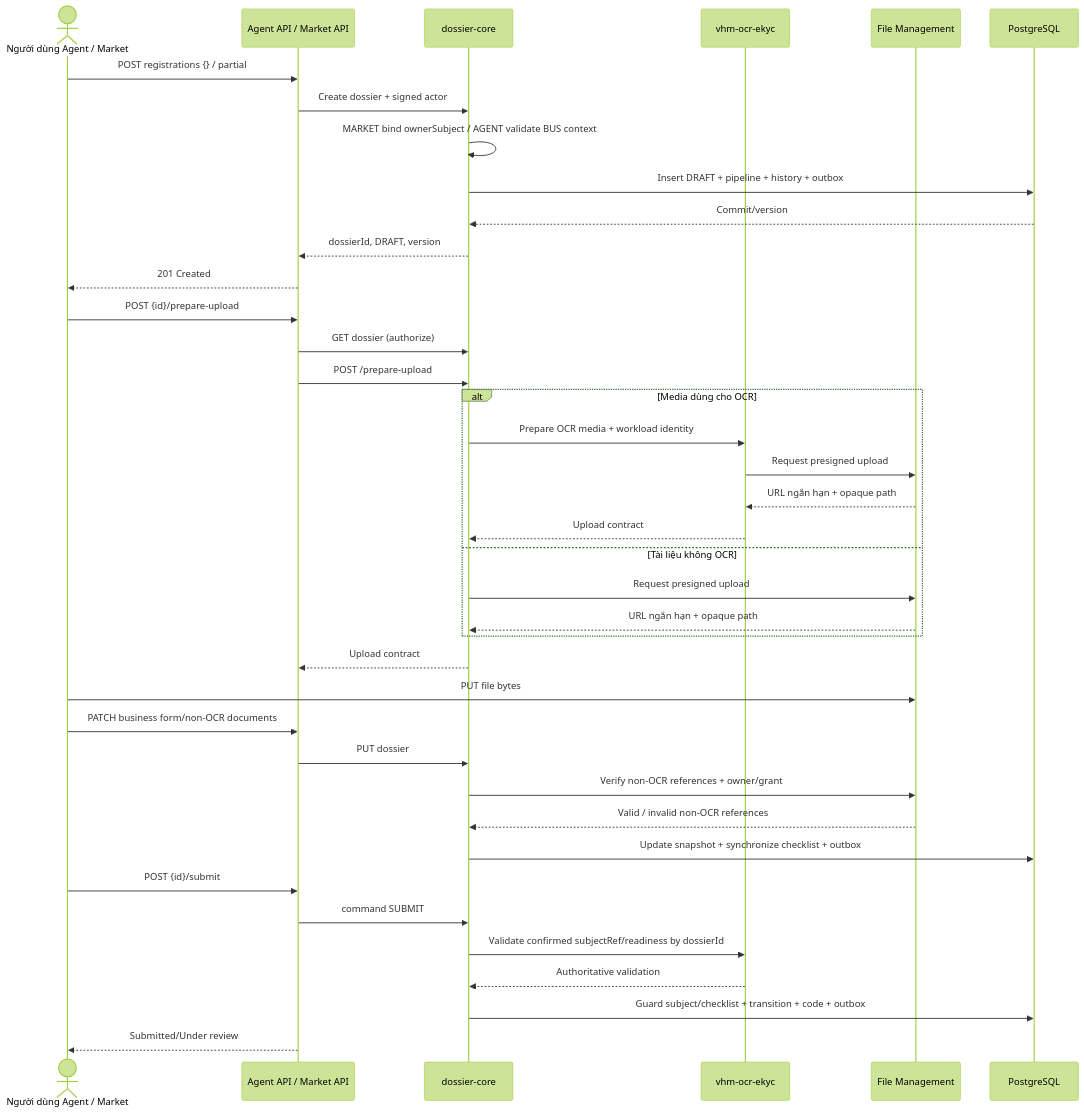
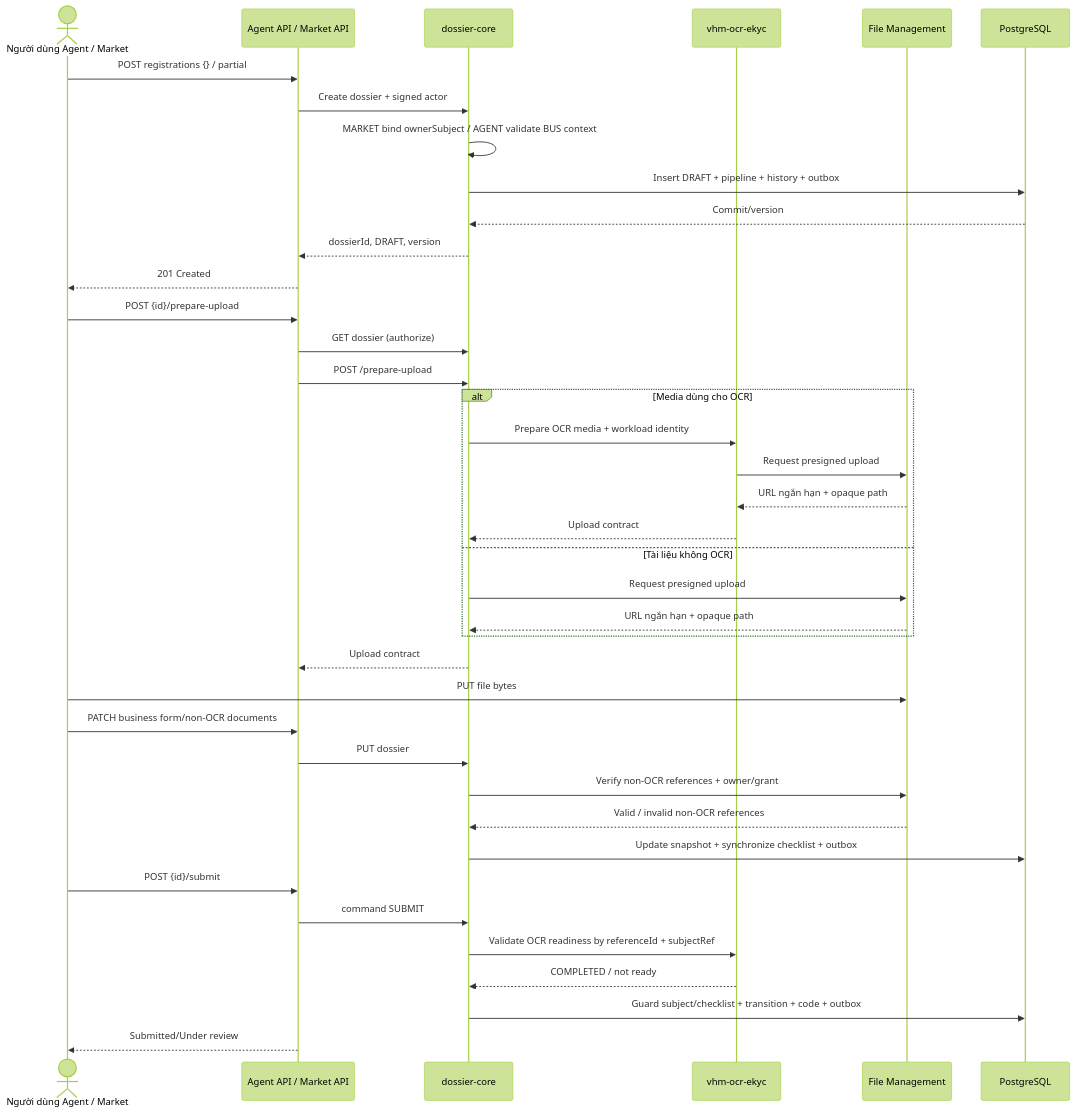
The fifth of 8 diagrams in tdd-dossier.md (huynv-xyz/vhm), drawn with Mermaid (forest theme) before and after one commit. The commit also changed other lines of this file, not shown here.

````diff
--- a/tdd-dossier.md
+++ b/tdd-dossier.md
@@ -707,42 +712,42 @@
 ```mermaid
 sequenceDiagram
     actor U as Người dùng Agent / Market
     participant A as Agent API / Market API
     participant C as dossier-core
     participant O as vhm-ocr-ekyc
     participant F as File Management
     participant D as PostgreSQL
 
     U->>A: POST registrations {} / partial
     A->>C: Create dossier + signed actor
     C->>C: MARKET bind ownerSubject / AGENT validate BUS context
     C->>D: Insert DRAFT + pipeline + history + outbox
     D-->>C: Commit/version
     C-->>A: dossierId, DRAFT, version
     A-->>U: 201 Created
     U->>A: POST {id}/prepare-upload
     A->>C: GET dossier (authorize)
     A->>C: POST /prepare-upload
     alt Media dùng cho OCR
         C->>O: Prepare OCR media + workload identity
         O->>F: Request presigned upload
         F-->>O: URL ngắn hạn + opaque path
         O-->>C: Upload contract
     else Tài liệu không OCR
         C->>F: Request presigned upload
         F-->>C: URL ngắn hạn + opaque path
     end
     C-->>A: Upload contract
     U->>F: PUT file bytes
     U->>A: PATCH business form/non-OCR documents
     A->>C: PUT dossier
     C->>F: Verify non-OCR references + owner/grant
     F-->>C: Valid / invalid non-OCR references
     C->>D: Update snapshot + synchronize checklist + outbox
     U->>A: POST {id}/submit
     A->>C: command SUBMIT
-    C->>O: Validate confirmed subjectRef/readiness by dossierId
-    O-->>C: Authoritative validation
+    C->>O: Validate OCR readiness by referenceId + subjectRef
+    O-->>C: COMPLETED / not ready
     C->>D: Guard subject/checklist + transition + code + outbox
     A-->>U: Submitted/Under review
 ```
````
